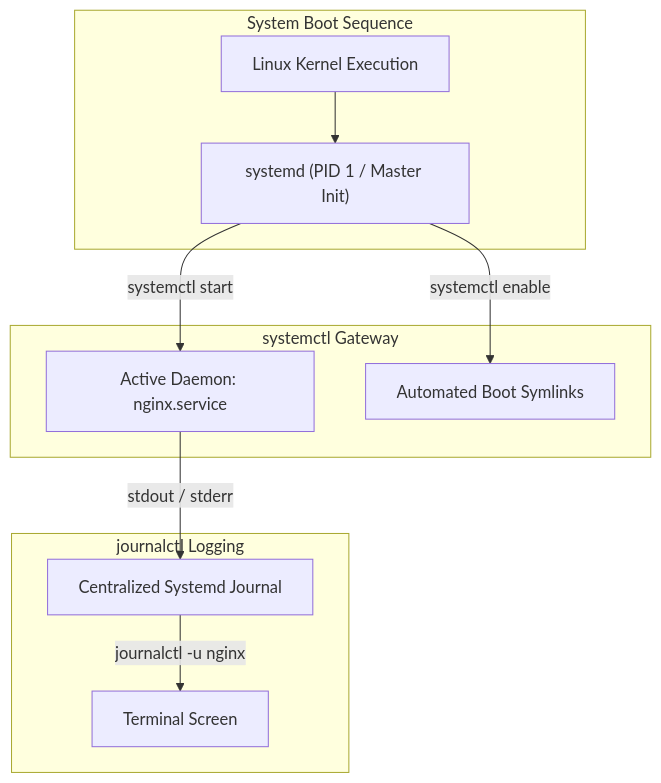
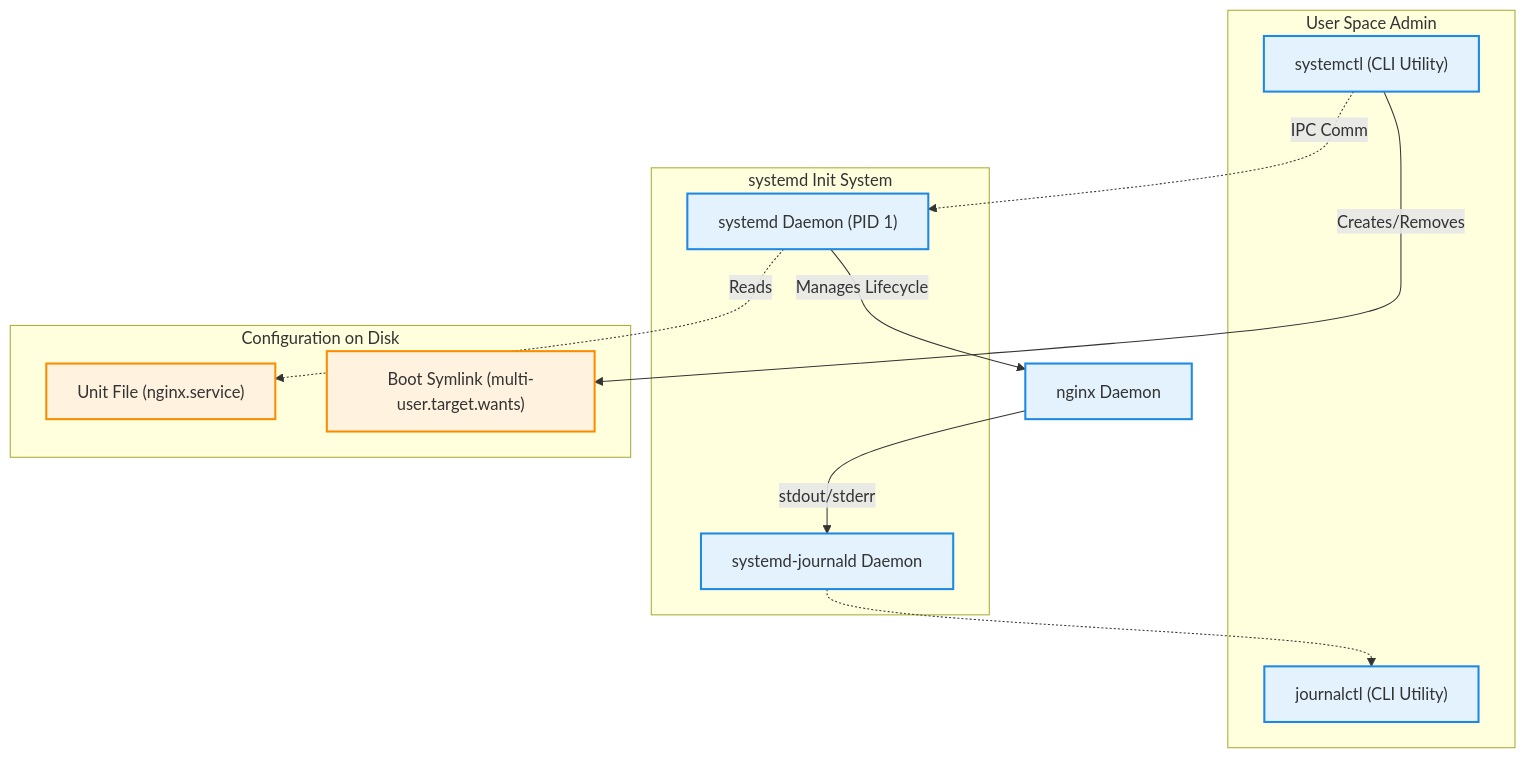
Before and after one commit to aloysiuspattath/platform-engineering-ai-course: the diagram in courses/platform-engineering/modules/module-02/lesson-04.md, drawn with Mermaid. The commit also changed 114 other files, not shown here.

Commit message:
refactor: massive swarm diagram review enforcing architectural layers and strict color palette

````diff
--- a/courses/platform-engineering/modules/module-02/lesson-04.md
+++ b/courses/platform-engineering/modules/module-02/lesson-04.md
@@ -87,16 +87,28 @@
 ```mermaid
 flowchart TD
-    subgraph BootSequence [System Boot Sequence]
-        KERNEL[Linux Kernel Execution] --> SYSTEMD["systemd (PID 1 / Master Init)"]
+    classDef userSpace fill:#e3f2fd,stroke:#1e88e5,stroke-width:2px;
+    classDef kernelSpace fill:#e8f5e9,stroke:#43a047,stroke-width:2px;
+    classDef file fill:#fff3e0,stroke:#fb8c00,stroke-width:2px;
+
+    subgraph Management [User Space Admin]
+        SYSCTL["systemctl (CLI Utility)"]:::userSpace
+        JOURNCTL["journalctl (CLI Utility)"]:::userSpace
     end
 
-    subgraph ServiceManagement [systemctl Gateway]
-        SYSTEMD -->|systemctl start| SRV_ACTIVE["Active Daemon: nginx.service"]
-        SYSTEMD -->|systemctl enable| SRV_BOOT["Automated Boot Symlinks"]
+    subgraph SystemdCore [systemd Init System]
+        SYSTEMD["systemd Daemon (PID 1)"]:::userSpace
+        JOURNALD["systemd-journald Daemon"]:::userSpace
     end
 
-    subgraph CentralLogging [journalctl Logging]
-        SRV_ACTIVE -->|stdout / stderr| JOURNAL["Centralized Systemd Journal"]
-        JOURNAL -->|journalctl -u nginx| SCREEN[Terminal Screen]
+    subgraph Configs [Configuration on Disk]
+        UNIT["Unit File (nginx.service)"]:::file
+        SYMLINK["Boot Symlink (multi-user.target.wants)"]:::file
     end
+
+    SYSCTL -.->|IPC Comm| SYSTEMD
+    SYSTEMD -.->|Reads| UNIT
+    SYSCTL -->|Creates/Removes| SYMLINK
+    SYSTEMD -->|Manages Lifecycle| DAEMON["nginx Daemon"]:::userSpace
+    DAEMON -->|stdout/stderr| JOURNALD
+    JOURNALD -.-> JOURNCTL
 ```
````
